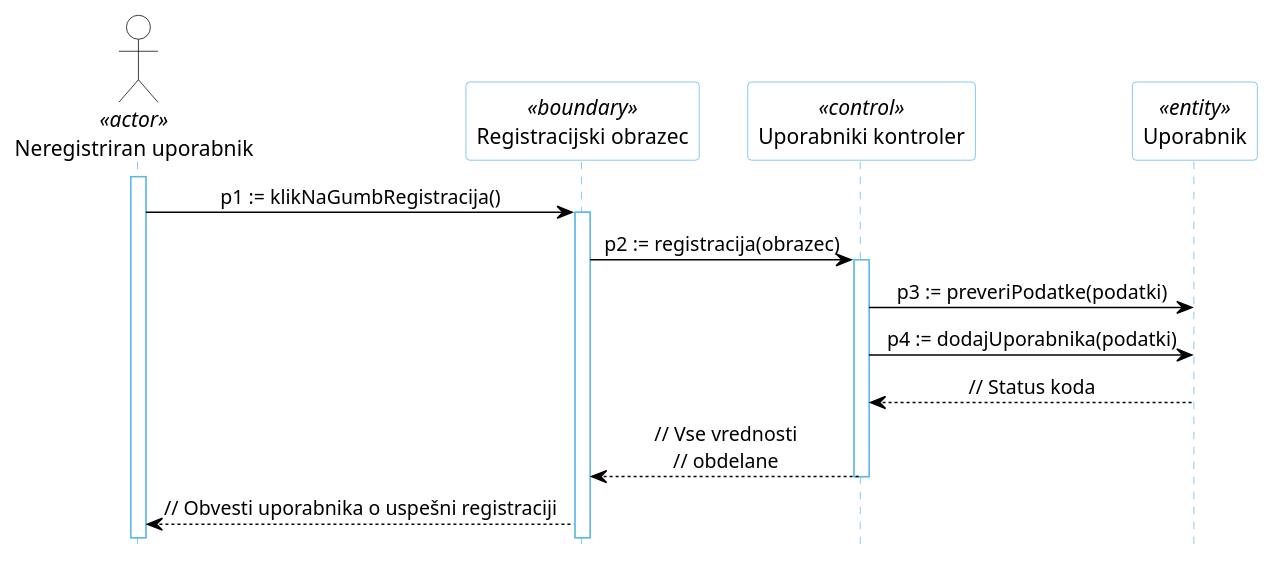
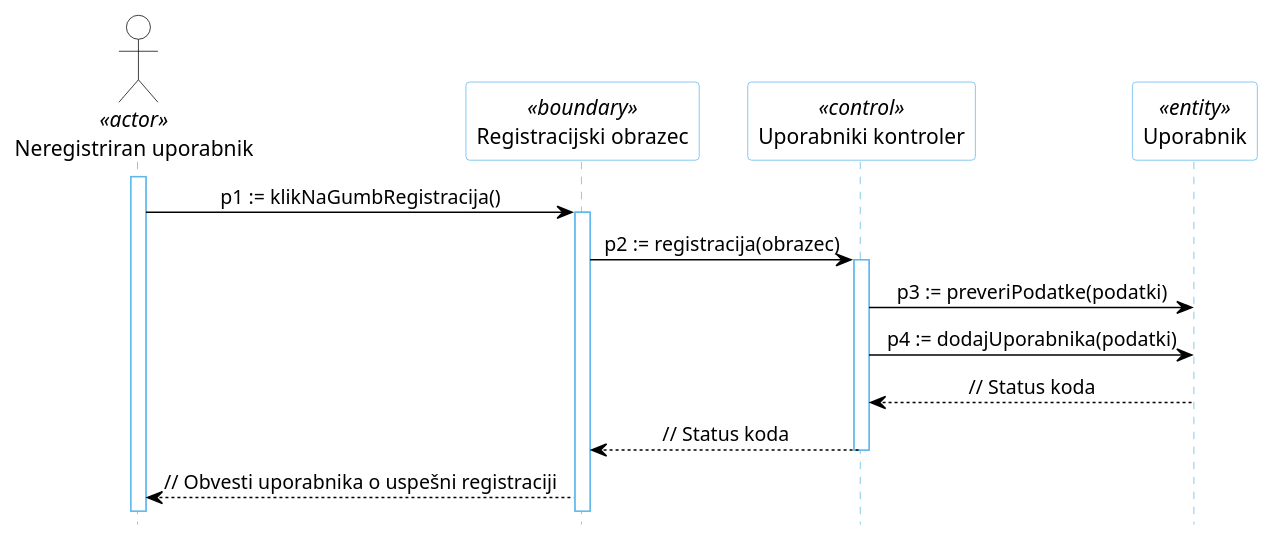
One commit to kupinah/test-tpo changed the diagram in docs/gradivo/plantuml/DZ/01a.puml. Above: the diagram before and after it, drawn with PlantUML. The commit also changed 1 other file, not shown here.

```diff
--- a/docs/gradivo/plantuml/DZ/01a.puml
+++ b/docs/gradivo/plantuml/DZ/01a.puml
@@ -1,30 +1,30 @@
 @startuml
 hide footbox
 
 skinparam backgroundcolor transparent
 skinparam defaultTextAlignment center
 skinparam actorBorderColor black
 skinparam actorBackgroundColor white
 skinparam arrowColor black  
 skinparam sequenceLifeLineBorderColor #5FB8EC
 skinparam sequenceParticipantBorderColor #5FB8EC
 skinparam sequenceParticipantBackgroundColor white
 
 actor "Neregistriran uporabnik" AS U1 <<actor>>
 
 participant "Registracijski obrazec" as R5 <<boundary>>
 participant "Uporabniki kontroler" as R2 <<control>>
 participant "Uporabnik" as R4 <<entity>>
 
 activate U1
 U1 -> R5: p1 := klikNaGumbRegistracija()
 activate R5
 R5 -> R2: p2 := registracija(obrazec)
 activate R2
 R2 -> R4: p3 := preveriPodatke(podatki)
 R2 -> R4: p4 := dodajUporabnika(podatki)
 R4 --> R2: // Status koda
-R2 --> R5: // Vse vrednosti\n// obdelane
+R2 --> R5: // Status koda
 deactivate R2
 R5 --> U1: // Obvesti uporabnika o uspešni registraciji
 @enduml
```
